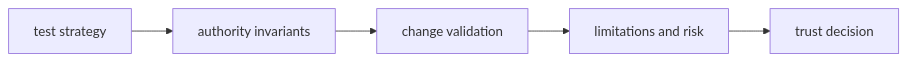
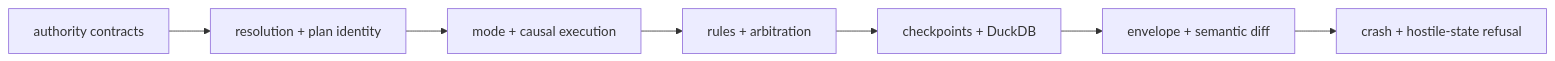
The diagram in docs/06-bijux-canon-runtime/quality/index.md (bijux/bijux-canon), drawn with Mermaid before and after one commit. The commit also changed other lines of this file and 2 other files, not shown here.

Commit message:
docs(runtime): connect authority to executable proof

````diff
--- a/docs/06-bijux-canon-runtime/quality/index.md
+++ b/docs/06-bijux-canon-runtime/quality/index.md
@@ -16,10 +19,12 @@
 ```mermaid
 flowchart LR
-    strategy["test strategy"]
-    invariants["authority invariants"]
-    validation["change validation"]
-    limits["limitations and risk"]
-    trust["trust decision"]
+    contracts["authority contracts"]
+    planning["resolution + plan identity"]
+    execution["mode + causal execution"]
+    verification["rules + arbitration"]
+    persistence["checkpoints + DuckDB"]
+    replay["envelope + semantic diff"]
+    recovery["crash + hostile-state refusal"]
 
-    strategy --> invariants --> validation --> limits --> trust
+    contracts --> planning --> execution --> verification --> persistence --> replay --> recovery
 ```
````
